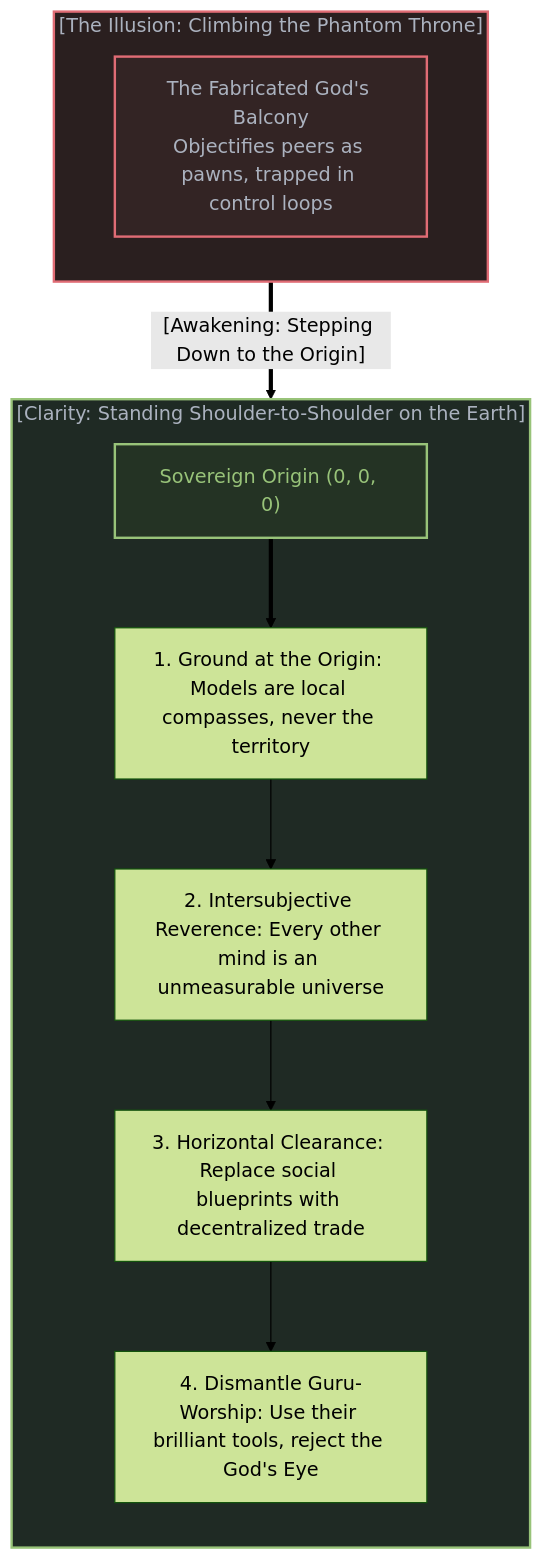
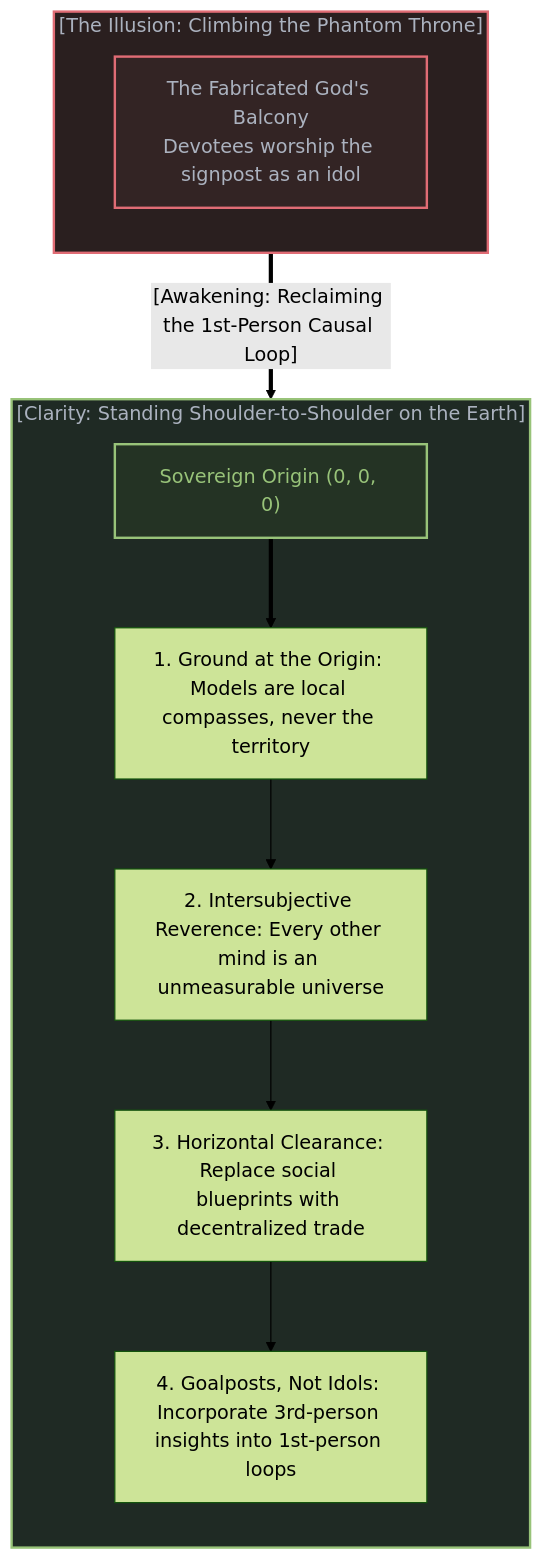
One commit to powerpig99/not-a-toe changed the tenth of 10 diagrams in content/posts/the-invisible-gods-eye.md. Above: the diagram before and after it, drawn with Mermaid (forest theme). The commit also changed other lines of this file and 3 other files, not shown here.

Commit message:
Weave precision goalposts vs godlike idols and first-person causal loop into Post 305

````diff
--- a/content/posts/the-invisible-gods-eye.md
+++ b/content/posts/the-invisible-gods-eye.md
@@ -465,29 +469,29 @@
 ```mermaid
 graph TD
     subgraph FalseAscent["[The Illusion: Climbing the Phantom Throne]"]
         direction TB
-        GodBalcony["The Fabricated God's Balcony<br>Objectifies peers as pawns, trapped in control loops"]
+        GodBalcony["The Fabricated God's Balcony<br>Devotees worship the signpost as an idol"]
     end
 
-    FalseAscent ==>|"[Awakening: Stepping Down to the Origin]"| GroundedSovereignty
+    FalseAscent ==>|"[Awakening: Reclaiming the 1st-Person Causal Loop]"| GroundedSovereignty
 
     subgraph GroundedSovereignty["[Clarity: Standing Shoulder-to-Shoulder on the Earth]"]
         direction TB
         OriginGround["Sovereign Origin (0, 0, 0)"]
         
         Step1["1. Ground at the Origin: Models are local compasses, never the territory"]
         Step2["2. Intersubjective Reverence: Every other mind is an unmeasurable universe"]
         Step3["3. Horizontal Clearance: Replace social blueprints with decentralized trade"]
-        Step4["4. Dismantle Guru-Worship: Use their brilliant tools, reject the God's Eye"]
+        Step4["4. Goalposts, Not Idols: Incorporate 3rd-person insights into 1st-person loops"]
 
         OriginGround ==> Step1
         Step1 --> Step2
         Step2 --> Step3
         Step3 --> Step4
     end
 
     style FalseAscent fill:#2a1f1f,stroke:#e06c75,stroke-width:2px,color:#abb2bf
     style GroundedSovereignty fill:#1f2a24,stroke:#98c379,stroke-width:2px,color:#abb2bf
     style GodBalcony fill:#332424,stroke:#e06c75,stroke-width:2px,color:#abb2bf
     style OriginGround fill:#243324,stroke:#98c379,stroke-width:2px,color:#98c379
 ```
````
